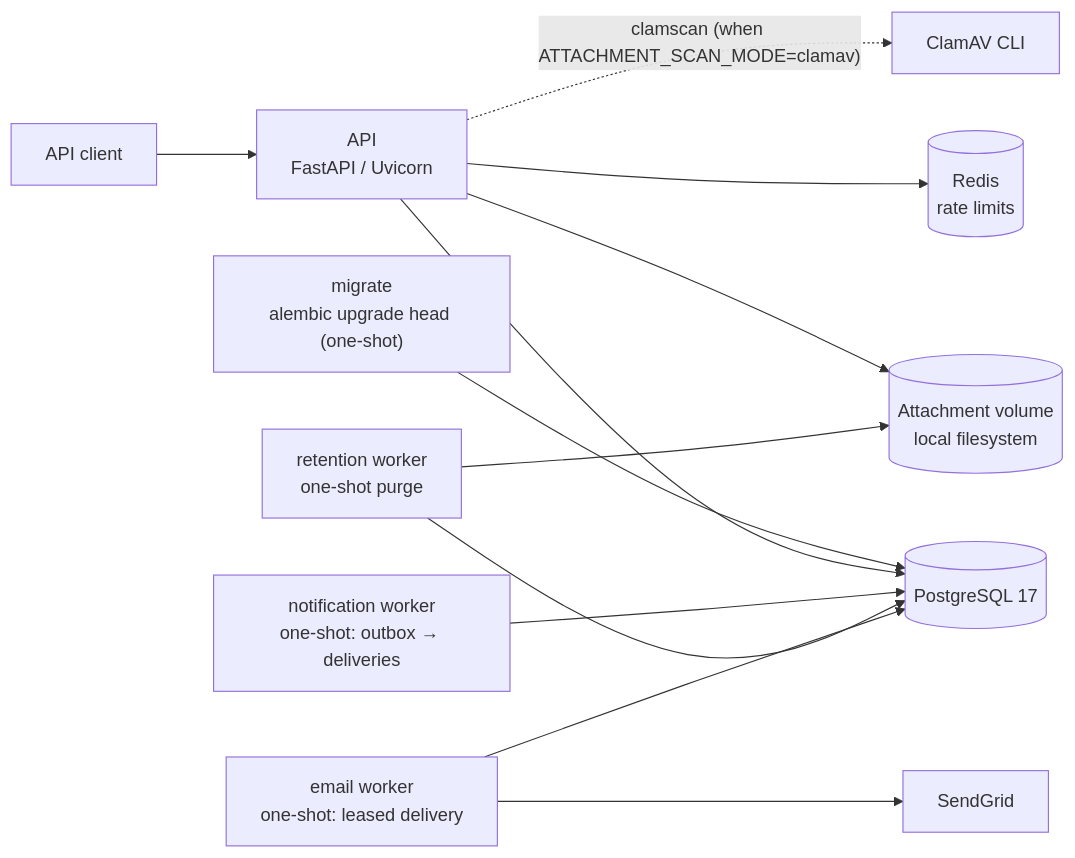
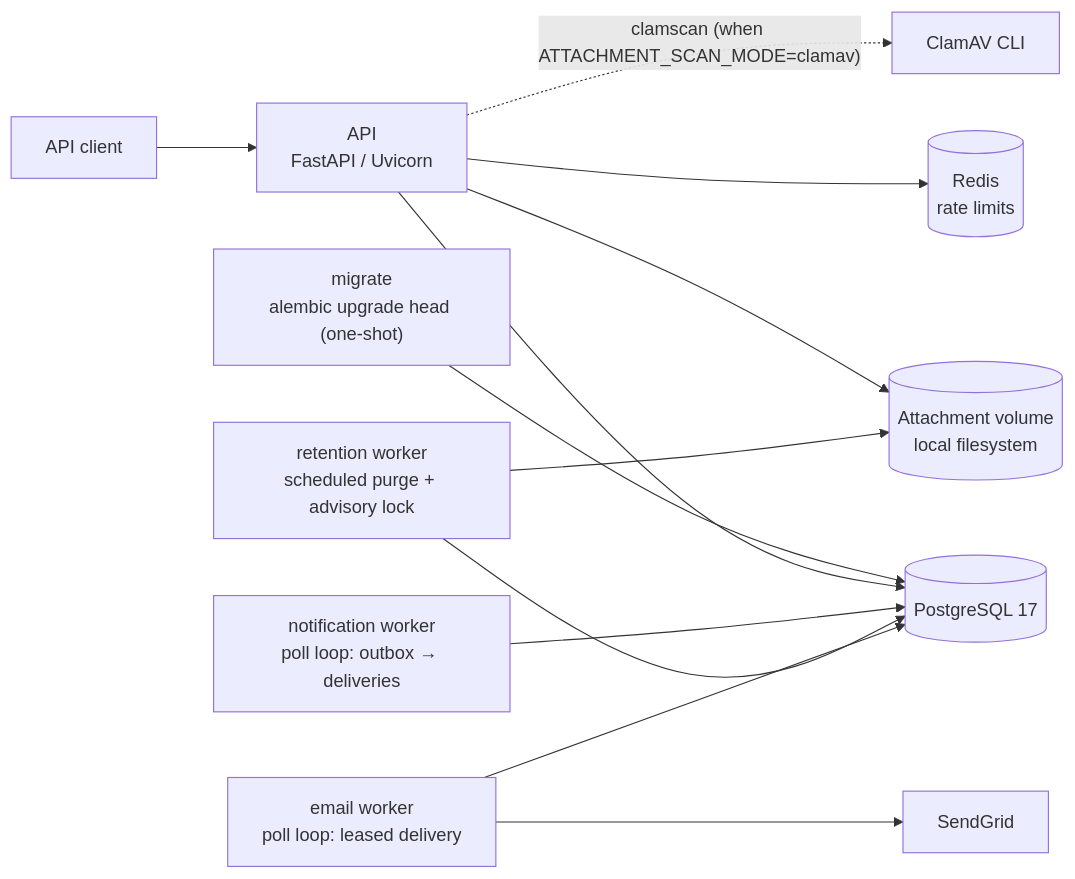
The fourth of 10 diagrams in docs/architecture.md (duthaho/talentflow), drawn with Mermaid before and after one commit. The commit also changed other lines of this file and 16 other files, not shown here.

````diff
--- a/docs/architecture.md
+++ b/docs/architecture.md
@@ -70,14 +70,14 @@
 ```mermaid
 flowchart LR
   client["API client"] --> api["API<br/>FastAPI / Uvicorn"]
   migrate["migrate<br/>alembic upgrade head (one-shot)"] --> pg
   api --> pg[("PostgreSQL 17")]
   api --> redis[("Redis<br/>rate limits")]
   api --> fs[("Attachment volume<br/>local filesystem")]
   api -. "clamscan (when ATTACHMENT_SCAN_MODE=clamav)" .-> clam["ClamAV CLI"]
-  ow["notification worker<br/>one-shot: outbox → deliveries"] --> pg
-  ew["email worker<br/>one-shot: leased delivery"] --> pg
+  ow["notification worker<br/>poll loop: outbox → deliveries"] --> pg
+  ew["email worker<br/>poll loop: leased delivery"] --> pg
   ew --> sg["SendGrid"]
-  rw["retention worker<br/>one-shot purge"] --> pg
+  rw["retention worker<br/>scheduled purge + advisory lock"] --> pg
   rw --> fs
 ```
````
